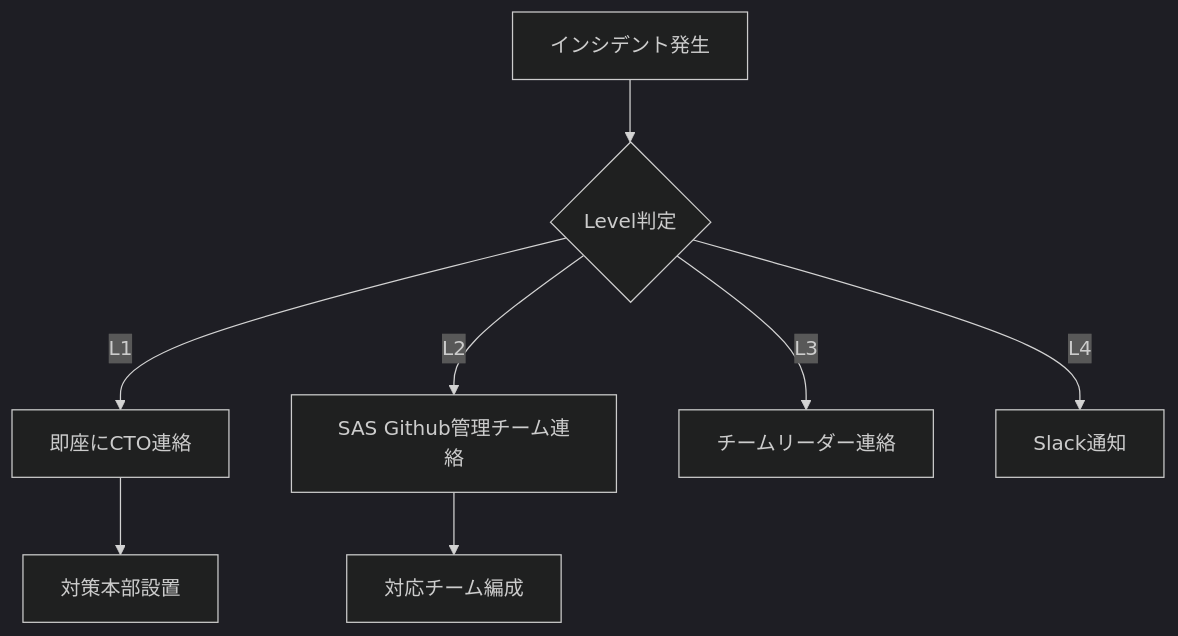
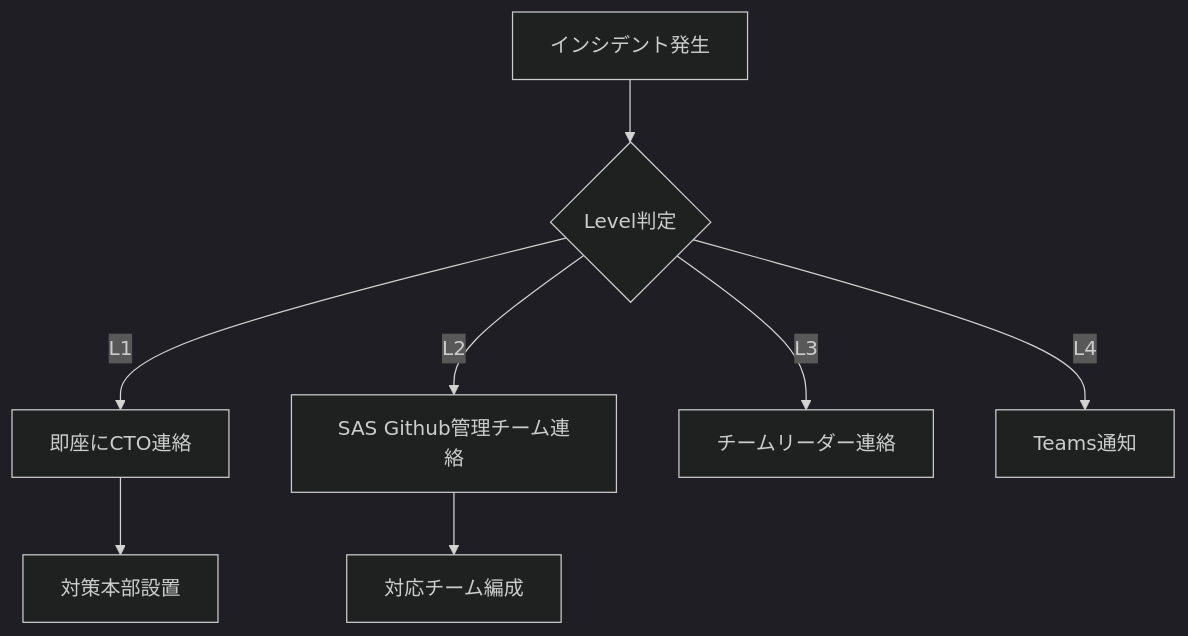
One commit to sas-com/github-guidelines changed the second of 2 diagrams in EMERGENCY_RESPONSE.md. Above: the diagram before and after it, drawn with Mermaid (dark theme). The commit also changed other lines of this file and 2 other files, not shown here.

Commit message:
fix: コミュニケーションツールをSlackからTeamsに統一
- ONBOARDING.md: 先輩からのアドバイスでSlack→Teams
- EMERGENCY_RESPONSE.md: 緊急時対応でSlack→Teams
- PROJECT_GUIDELINE_TEMPLATE.md: プロジェクトテンプレートでSlack→Teams
- 組織のコミュニケーションツール方針に合わせて統一

🤖 Generated with [Claude Code](https://claude.ai/code)

````diff
--- a/EMERGENCY_RESPONSE.md
+++ b/EMERGENCY_RESPONSE.md
@@ -280,10 +280,10 @@
 ```mermaid
 graph TD
     A[インシデント発生] --> B{Level判定}
     B -->|L1| C[即座にCTO連絡]
     B -->|L2| D[SAS Github管理チーム連絡]
     B -->|L3| E[チームリーダー連絡]
-    B -->|L4| F[Slack通知]
+    B -->|L4| F[Teams通知]
     C --> G[対策本部設置]
     D --> H[対応チーム編成]
 ```
````
